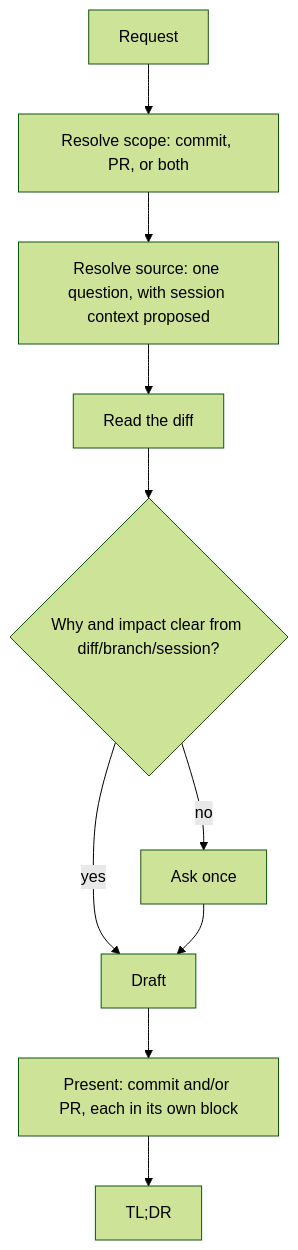
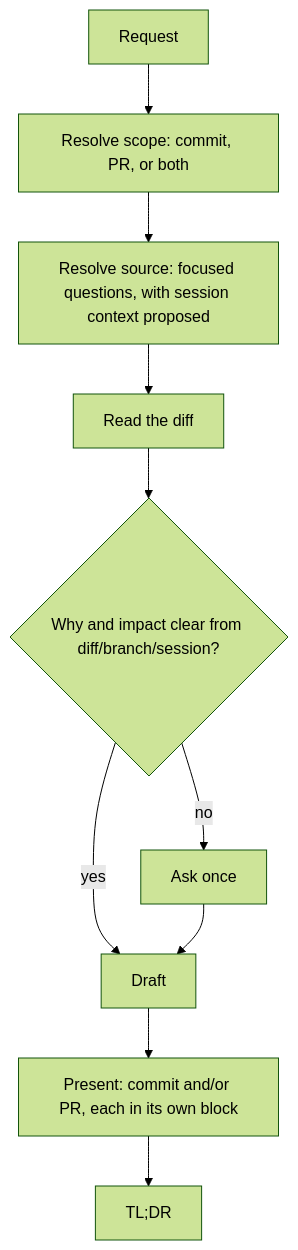
The diagram in skills/generic-skills/production/commit-closer/README.md (nico0695/ai-tools), drawn with Mermaid (forest theme) before and after one commit. The commit also changed other lines of this file and 21 other files, not shown here.

````diff
--- a/skills/generic-skills/production/commit-closer/README.md
+++ b/skills/generic-skills/production/commit-closer/README.md
@@ -29,12 +29,12 @@
 ```mermaid
 flowchart TD
     A[Request] --> B[Resolve scope: commit, PR, or both]
-    B --> C[Resolve source: one question, with session context proposed]
+    B --> C[Resolve source: focused questions, with session context proposed]
     C --> D[Read the diff]
     D --> E{Why and impact clear from diff/branch/session?}
     E -->|no| F[Ask once]
     E -->|yes| G[Draft]
     F --> G
     G --> H[Present: commit and/or PR, each in its own block]
     H --> I[TL;DR]
 ```
````
